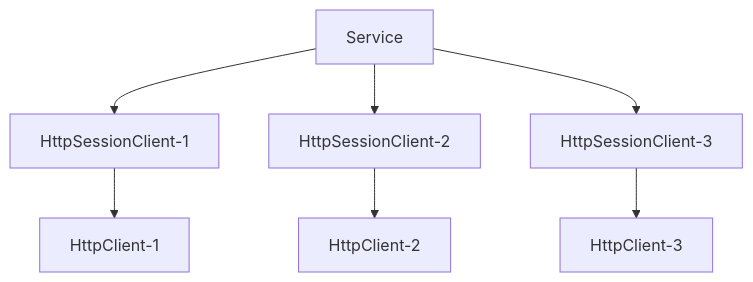
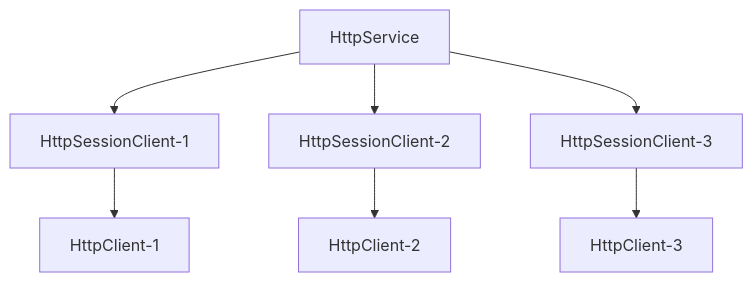
Before and after one commit to RRQM/TouchSocket: the diagram in handbook/docs/httpservice.mdx, drawn with Mermaid. The commit also changed other lines of this file and 1 other file, not shown here.

First line of the commit message:
新增(httpservice): 创建并配置 HTTP 服务

````diff
--- a/handbook/docs/httpservice.mdx
+++ b/handbook/docs/httpservice.mdx
@@ -44,10 +67,10 @@
 ```mermaid
 flowchart TD;
-    Service-->HttpSessionClient-1;
-    Service-->HttpSessionClient-2;
-    Service-->HttpSessionClient-3;
-    HttpSessionClient-1-->HttpClient-1;
-    HttpSessionClient-2-->HttpClient-2;
-    HttpSessionClient-3-->HttpClient-3;
+    Service[HttpService]-->HttpSessionClient-1[HttpSessionClient-1];
+    Service-->HttpSessionClient-2[HttpSessionClient-2];
+    Service-->HttpSessionClient-3[HttpSessionClient-3];
+    HttpSessionClient-1-->HttpClient-1[HttpClient-1];
+    HttpSessionClient-2-->HttpClient-2[HttpClient-2];
+    HttpSessionClient-3-->HttpClient-3[HttpClient-3];
    
 ```
````
